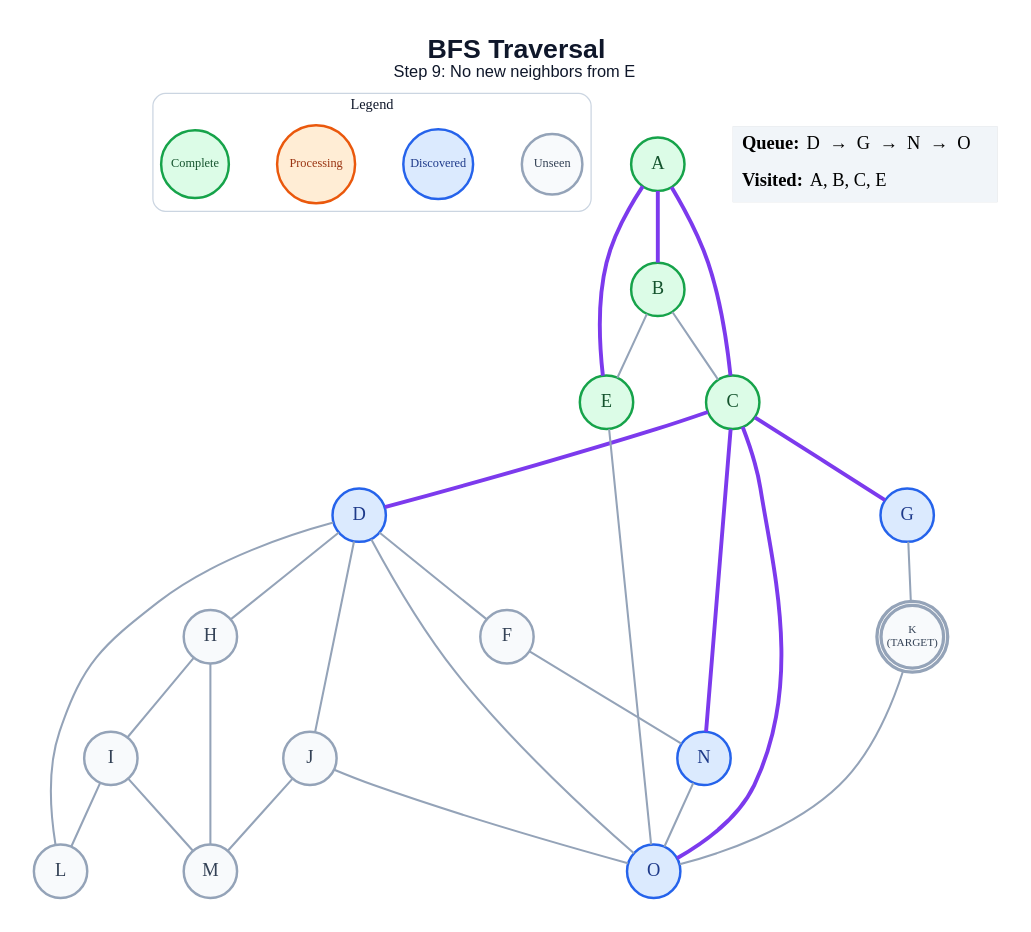
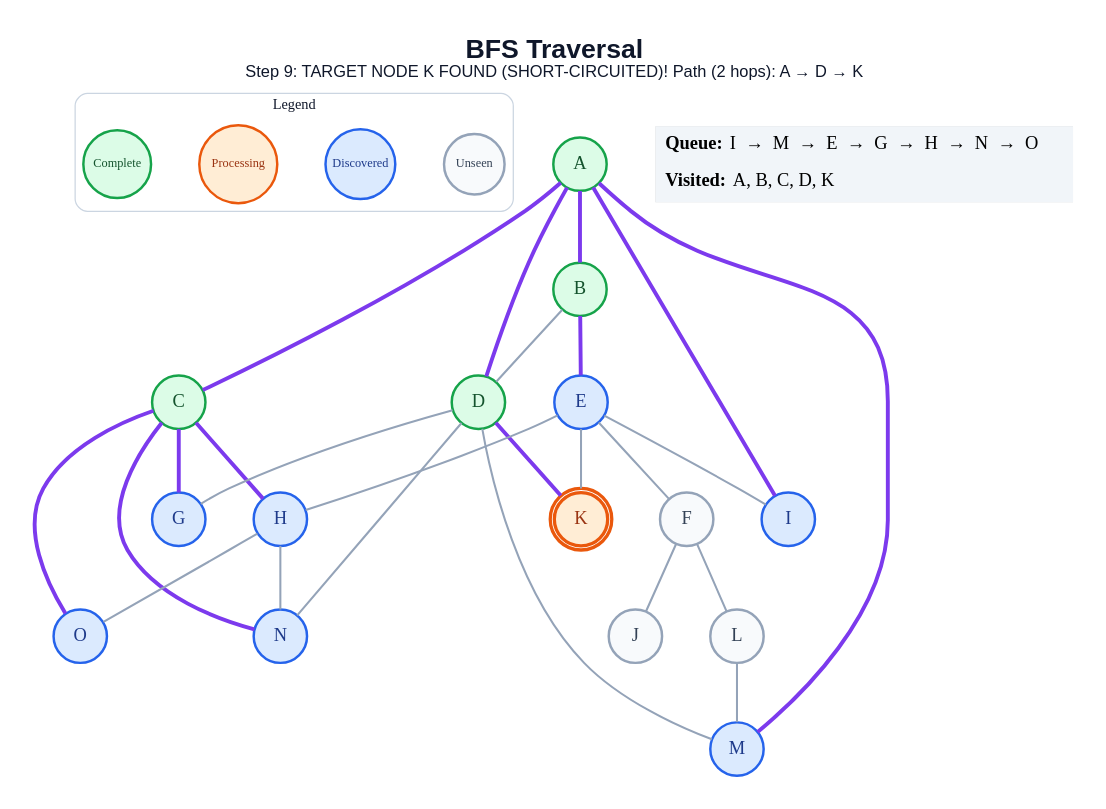
The diagram in generated/short-circuit/bfs/step_09.dot (anon7238593-create/ai-slop), drawn with Graphviz before and after one commit. The commit also changed 309 other files, not shown here.

```diff
--- a/generated/short-circuit/bfs/step_09.dot
+++ b/generated/short-circuit/bfs/step_09.dot
@@ -1,59 +1,58 @@
 graph traversal {
   graph [layout=dot, rankdir=TB, bgcolor="#FFFFFF", pad="0.35", nodesep="0.65", ranksep="0.8", fontname="Arial"];
   node [shape=circle, style="filled", fontname="Arial Bold", fontsize=18, width=0.72, fixedsize=true, penwidth=2.4];
   edge [color="#94A3B8", penwidth=2.0];
-  label=<<B>BFS Traversal</B><BR/><FONT POINT-SIZE="16">Step 9: No new neighbors from E</FONT>>; labelloc="t"; fontsize=26; fontname="Arial"; fontcolor="#0F172A";
+  label=<<B>BFS Traversal</B><BR/><FONT POINT-SIZE="16">Step 9: TARGET NODE K FOUND (SHORT-CIRCUITED)! Path (2 hops): A → D → K</FONT>>; labelloc="t"; fontsize=26; fontname="Arial"; fontcolor="#0F172A";
   subgraph cluster_legend { label="Legend"; color="#CBD5E1"; penwidth=1.2; style="rounded"; fontsize=14; fontname="Arial Bold";
     key_unseen [label="Unseen", fillcolor="#F8FAFC", color="#94A3B8", fontcolor="#334155", fontsize=12, width=0.82];
     key_frontier [label="Discovered", fillcolor="#DBEAFE", color="#2563EB", fontcolor="#1E3A8A", fontsize=12, width=0.95];
     key_current [label="Processing", fillcolor="#FFEDD5", color="#EA580C", fontcolor="#9A3412", fontsize=12, width=1.05];
     key_done [label="Complete", fillcolor="#DCFCE7", color="#16A34A", fontcolor="#14532D", fontsize=12, width=0.92];
     { rank=same; key_unseen; key_frontier; key_current; key_done; }
   }
   A [label="A", fillcolor="#DCFCE7", color="#16A34A", fontcolor="#14532D", peripheries=1, penwidth=2.4];
   B [label="B", fillcolor="#DCFCE7", color="#16A34A", fontcolor="#14532D", peripheries=1, penwidth=2.4];
   C [label="C", fillcolor="#DCFCE7", color="#16A34A", fontcolor="#14532D", peripheries=1, penwidth=2.4];
-  D [label="D", fillcolor="#DBEAFE", color="#2563EB", fontcolor="#1E3A8A", peripheries=1, penwidth=2.4];
-  E [label="E", fillcolor="#DCFCE7", color="#16A34A", fontcolor="#14532D", peripheries=1, penwidth=2.4];
+  D [label="D", fillcolor="#DCFCE7", color="#16A34A", fontcolor="#14532D", peripheries=1, penwidth=2.4];
+  E [label="E", fillcolor="#DBEAFE", color="#2563EB", fontcolor="#1E3A8A", peripheries=1, penwidth=2.4];
   F [label="F", fillcolor="#F8FAFC", color="#94A3B8", fontcolor="#334155", peripheries=1, penwidth=2.4];
   G [label="G", fillcolor="#DBEAFE", color="#2563EB", fontcolor="#1E3A8A", peripheries=1, penwidth=2.4];
-  H [label="H", fillcolor="#F8FAFC", color="#94A3B8", fontcolor="#334155", peripheries=1, penwidth=2.4];
-  I [label="I", fillcolor="#F8FAFC", color="#94A3B8", fontcolor="#334155", peripheries=1, penwidth=2.4];
+  H [label="H", fillcolor="#DBEAFE", color="#2563EB", fontcolor="#1E3A8A", peripheries=1, penwidth=2.4];
+  I [label="I", fillcolor="#DBEAFE", color="#2563EB", fontcolor="#1E3A8A", peripheries=1, penwidth=2.4];
   J [label="J", fillcolor="#F8FAFC", color="#94A3B8", fontcolor="#334155", peripheries=1, penwidth=2.4];
-  K [label="K\n(TARGET)", fillcolor="#F8FAFC", color="#94A3B8", fontcolor="#334155", peripheries=2, penwidth=3.2, fontsize=11, width=0.85, height=0.85];
+  K [label="K", fillcolor="#FFEDD5", color="#EA580C", fontcolor="#9A3412", peripheries=2, penwidth=3.2];
   L [label="L", fillcolor="#F8FAFC", color="#94A3B8", fontcolor="#334155", peripheries=1, penwidth=2.4];
-  M [label="M", fillcolor="#F8FAFC", color="#94A3B8", fontcolor="#334155", peripheries=1, penwidth=2.4];
+  M [label="M", fillcolor="#DBEAFE", color="#2563EB", fontcolor="#1E3A8A", peripheries=1, penwidth=2.4];
   N [label="N", fillcolor="#DBEAFE", color="#2563EB", fontcolor="#1E3A8A", peripheries=1, penwidth=2.4];
   O [label="O", fillcolor="#DBEAFE", color="#2563EB", fontcolor="#1E3A8A", peripheries=1, penwidth=2.4];
   A -- B [color="#7C3AED", penwidth=3.8];
   A -- C [color="#7C3AED", penwidth=3.8];
-  A -- E [color="#7C3AED", penwidth=3.8];
-  B -- C;
-  B -- E;
-  C -- D [color="#7C3AED", penwidth=3.8];
+  A -- D [color="#7C3AED", penwidth=3.8];
+  A -- I [color="#7C3AED", penwidth=3.8];
+  A -- M [color="#7C3AED", penwidth=3.8];
+  B -- D;
+  B -- E [color="#7C3AED", penwidth=3.8];
   C -- G [color="#7C3AED", penwidth=3.8];
+  C -- H [color="#7C3AED", penwidth=3.8];
   C -- N [color="#7C3AED", penwidth=3.8];
   C -- O [color="#7C3AED", penwidth=3.8];
-  D -- F;
-  D -- H;
-  D -- J;
-  D -- L;
-  D -- O;
-  E -- O;
-  F -- N;
-  G -- K;
-  H -- I;
-  H -- M;
-  I -- L;
-  I -- M;
-  J -- M;
-  J -- O;
-  K -- O;
-  N -- O;
+  D -- G;
+  D -- K [color="#7C3AED", penwidth=3.8];
+  D -- M;
+  D -- N;
+  E -- F;
+  E -- H;
+  E -- I;
+  E -- K;
+  F -- J;
+  F -- L;
+  H -- N;
+  H -- O;
+  L -- M;
   status [shape=plain, fixedsize=false, width=0, height=0, margin=0, label=<
     <TABLE BORDER="0" CELLBORDER="0" CELLPADDING="7" BGCOLOR="#F1F5F9">
-      <TR><TD ALIGN="LEFT"><B>Queue:</B> D  →  G  →  N  →  O</TD></TR>
-      <TR><TD ALIGN="LEFT"><B>Visited:</B> A, B, C, E</TD></TR>
+      <TR><TD ALIGN="LEFT"><B>Queue:</B> I  →  M  →  E  →  G  →  H  →  N  →  O</TD></TR>
+      <TR><TD ALIGN="LEFT"><B>Visited:</B> A, B, C, D, K</TD></TR>
     </TABLE>
   >];
 }
```
